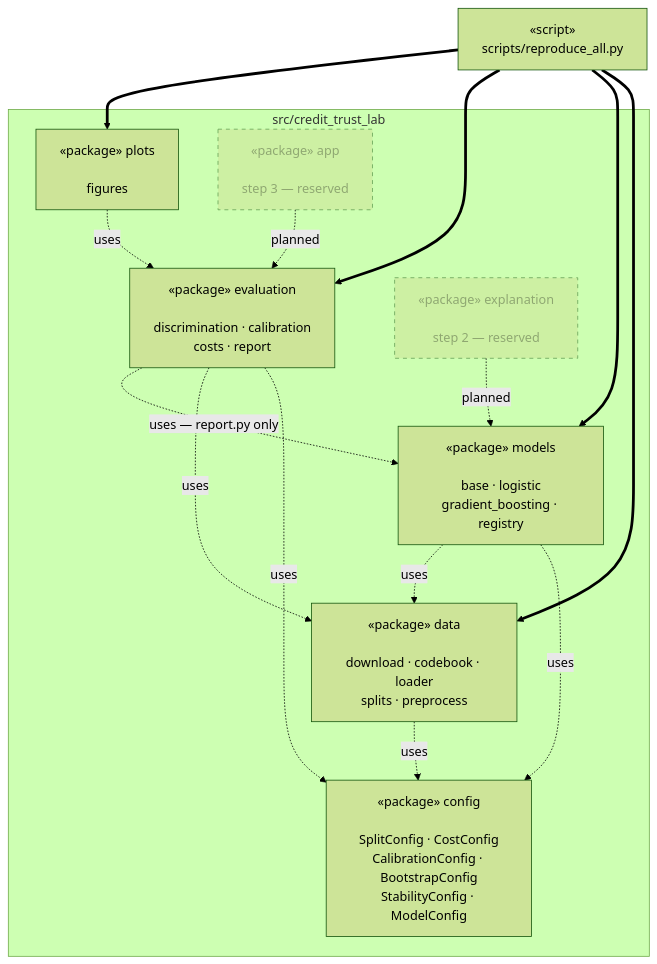
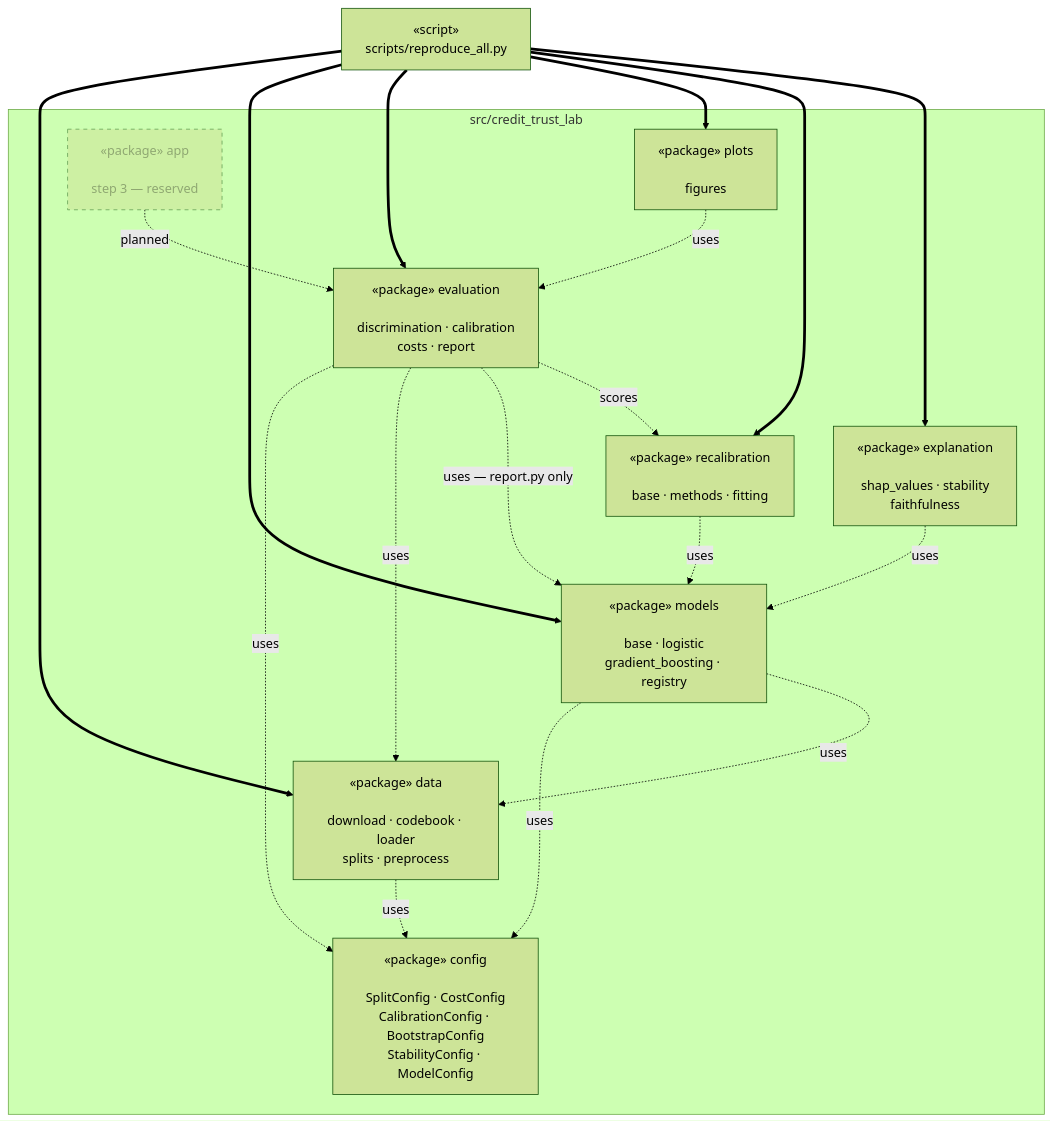
Before and after one commit to Jannes96/credit-confidence-gap: the first of 7 diagrams in docs/architecture.md, drawn with Mermaid (forest theme). The commit also changed 15 other files, not shown here.

First line of the commit message:
Step 2: null distributions, recalibration, and SHAP with two checks

````diff
--- a/docs/architecture.md
+++ b/docs/architecture.md
@@ -27,33 +27,38 @@
 ```mermaid
 flowchart TB
     SCR["«script»<br/>scripts/reproduce_all.py"]
 
     subgraph LIB["src/credit_trust_lab"]
         CFG["«package» config<br/><br/>SplitConfig · CostConfig<br/>CalibrationConfig · BootstrapConfig<br/>StabilityConfig · ModelConfig"]
         DATA["«package» data<br/><br/>download · codebook · loader<br/>splits · preprocess"]
         MOD["«package» models<br/><br/>base · logistic<br/>gradient_boosting · registry"]
         EVAL["«package» evaluation<br/><br/>discrimination · calibration<br/>costs · report"]
+        REC["«package» recalibration<br/><br/>base · methods · fitting"]
         PLT["«package» plots<br/><br/>figures"]
-        EXP["«package» explanation<br/><br/>step 2 — reserved"]
+        EXP["«package» explanation<br/><br/>shap_values · stability<br/>faithfulness"]
         APP["«package» app<br/><br/>step 3 — reserved"]
     end
 
     DATA -.->|uses| CFG
     MOD -.->|uses| CFG
     MOD -.->|uses| DATA
     EVAL -.->|uses| CFG
     EVAL -.->|uses| DATA
     EVAL -.->|uses — report.py only| MOD
     PLT -.->|uses| EVAL
 
     SCR ==> DATA
     SCR ==> MOD
     SCR ==> EVAL
     SCR ==> PLT
 
-    EXP -.->|planned| MOD
+    EXP -.->|uses| MOD
+    REC -.->|uses| MOD
+    EVAL -.->|scores| REC
+    SCR ==> REC
+    SCR ==> EXP
     APP -.->|planned| EVAL
 
     classDef reserved stroke-dasharray:5 5,opacity:0.55
-    class EXP,APP reserved
+    class APP reserved
 ```
````
